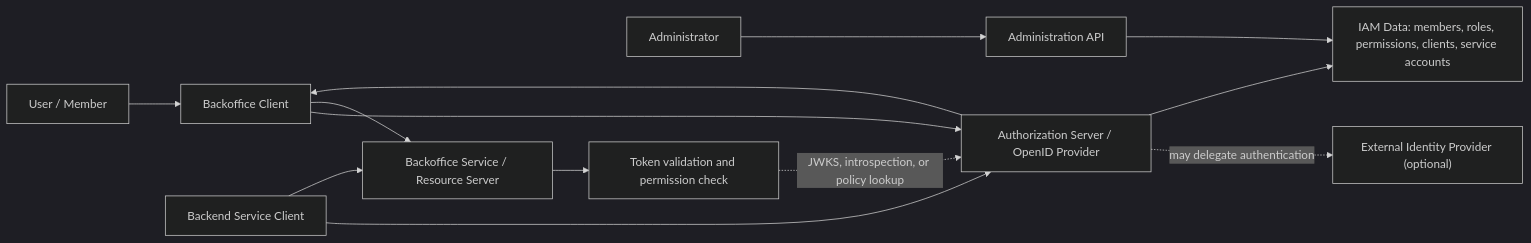
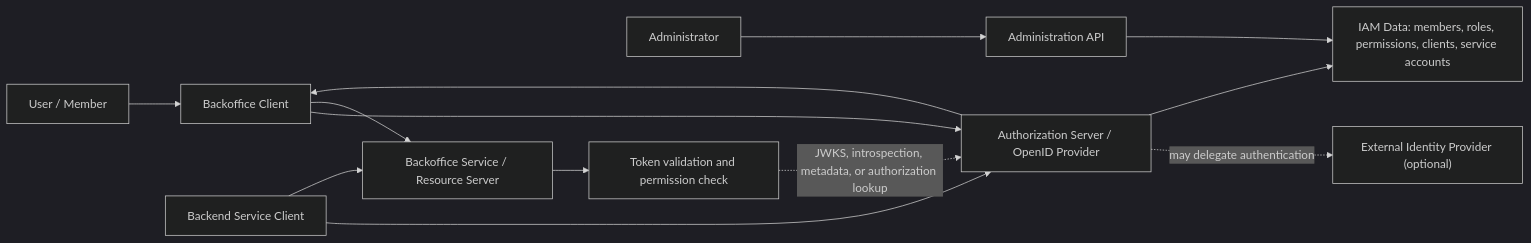
Before and after one commit to panaC/edrlab-backoffice-auth-study: the first of 2 diagrams in docs/wiki/README.md, drawn with Mermaid (dark theme). The commit also changed other lines of this file and 9 other files, not shown here.

Commit message:
Clarify README IAM boundary and login flow

````diff
--- a/docs/wiki/README.md
+++ b/docs/wiki/README.md
@@ -55,28 +53,28 @@
 ```mermaid
 flowchart LR
     User["User / Member"]
     Admin["Administrator"]
     Client["Backoffice Client"]
     AS["Authorization Server / OpenID Provider"]
     ExternalIdP["External Identity Provider (optional)"]
     API["Backoffice Service / Resource Server"]
     AdminAPI["Administration API"]
     Data["IAM Data: members, roles, permissions, clients, service accounts"]
     Service["Backend Service Client"]
     Decision["Token validation and permission check"]
 
     User --> Client
     Client --> AS
     AS -. "may delegate authentication" .-> ExternalIdP
     AS --> Client
     Client --> API
     API --> Decision
-    Decision -. "JWKS, introspection, or policy lookup" .-> AS
+    Decision -. "JWKS, introspection, metadata, or authorization lookup" .-> AS
 
     Admin --> AdminAPI
     AdminAPI --> Data
     AS --> Data
 
     Service --> AS
     Service --> API
 ```
````
